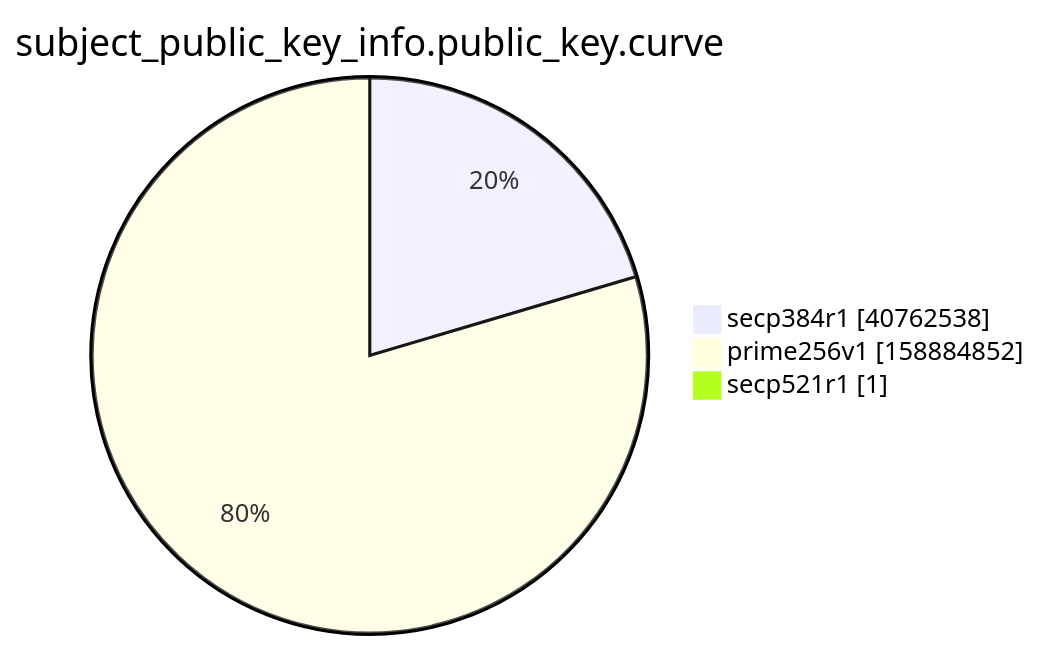
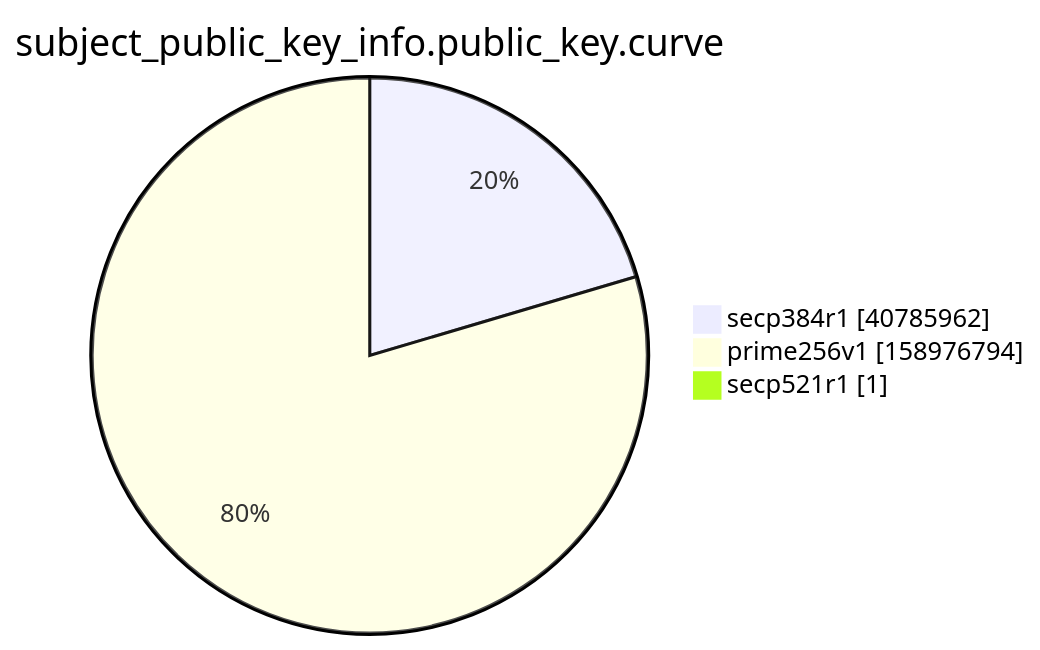
One commit to christiankrug/ctmonitor_visualization changed the ninth of 15 diagrams in xenon2022/README.md. Above: the diagram before and after it, drawn with Mermaid. The commit also changed other lines of this file, not shown here.

````diff
--- a/xenon2022/README.md
+++ b/xenon2022/README.md
@@ -2867,7 +2867,7 @@
 ```mermaid
 pie showData
 title subject_public_key_info.public_key.curve
-"secp384r1" :40762538
-"prime256v1" :158884852
+"secp384r1" :40785962
+"prime256v1" :158976794
 "secp521r1" :1
 ```
````
